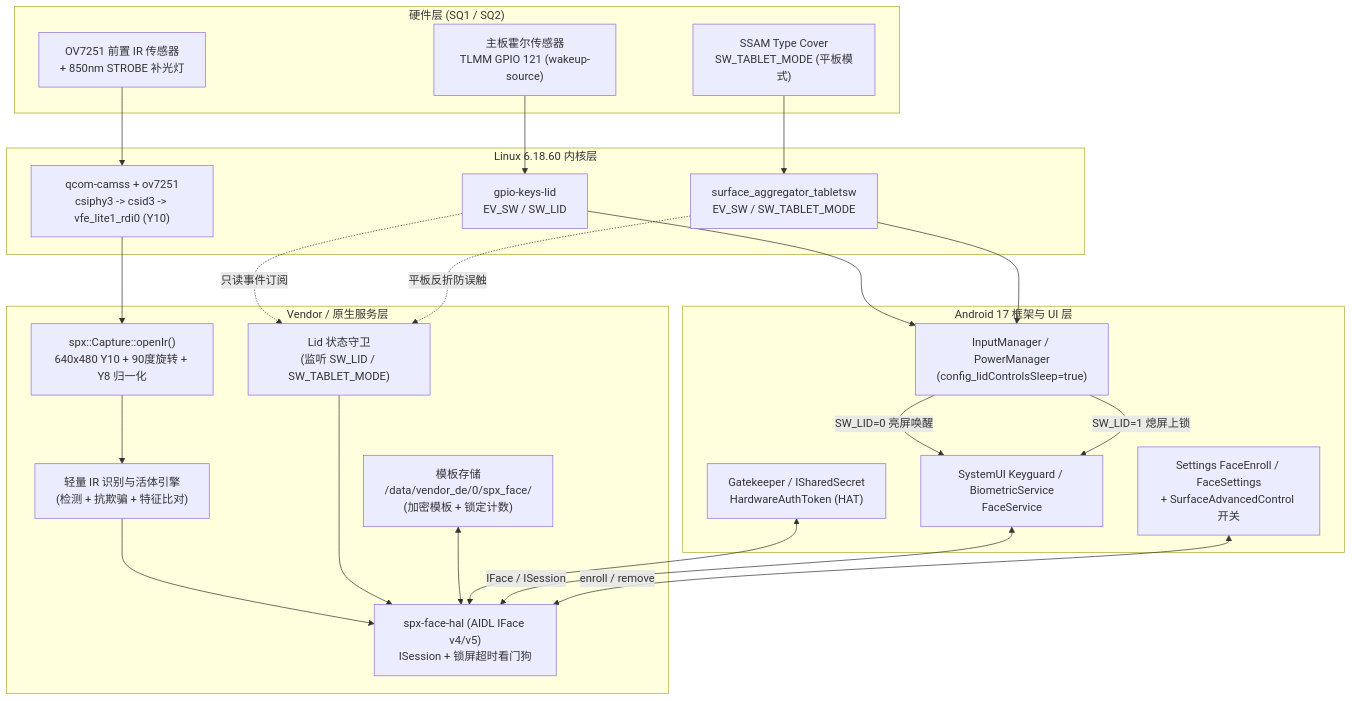
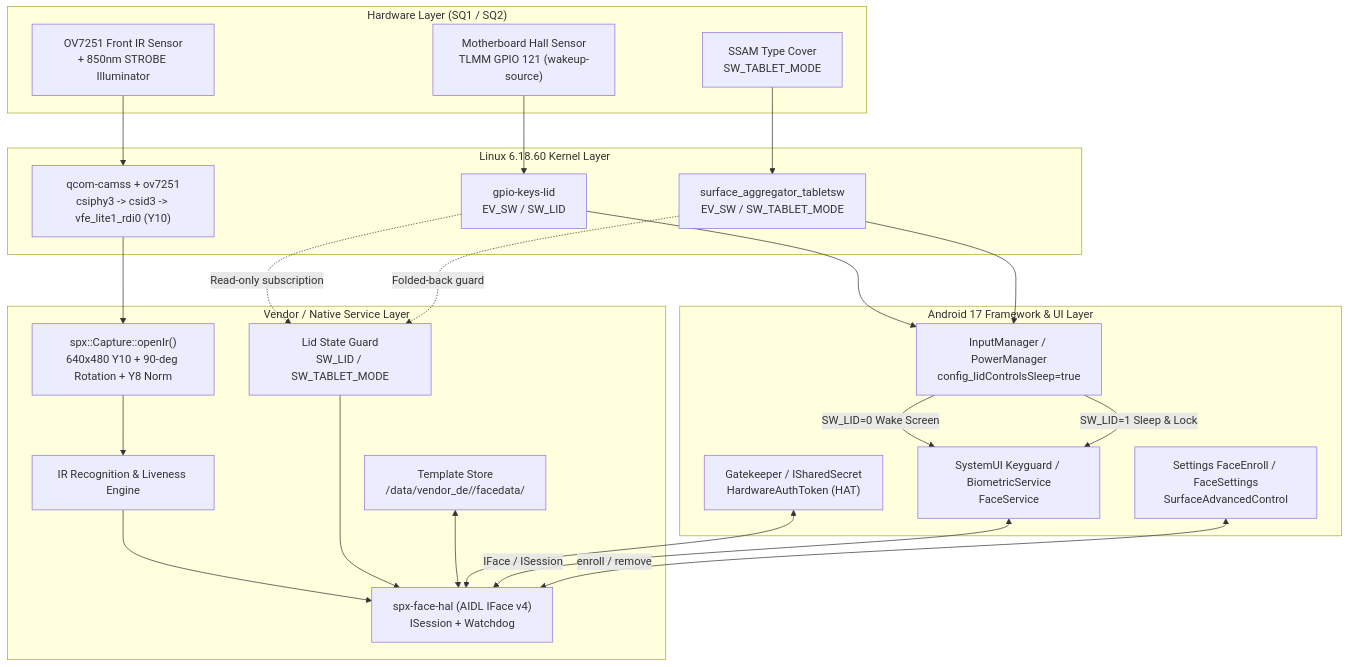
One commit to lhf1a/googlebookos_surface_pro_x changed the first of 2 diagrams in docs/IR-HALL-FACE-UNLOCK-PLAN.md. Above: the diagram before and after it, drawn with Mermaid. The commit also changed other lines of this file and 61 other files, not shown here.

````diff
--- a/docs/IR-HALL-FACE-UNLOCK-PLAN.md
+++ b/docs/IR-HALL-FACE-UNLOCK-PLAN.md
@@ -43,44 +23,44 @@
 ```mermaid
 flowchart TD
-    subgraph HW["硬件层 (SQ1 / SQ2)"]
-        HALL["主板霍尔传感器<br/>TLMM GPIO 121 (wakeup-source)"]
-        IR["OV7251 前置 IR 传感器<br/>+ 850nm STROBE 补光灯"]
-        KIP["SSAM Type Cover<br/>SW_TABLET_MODE (平板模式)"]
+    subgraph HW["Hardware Layer (SQ1 / SQ2)"]
+        HALL["Motherboard Hall Sensor<br/>TLMM GPIO 121 (wakeup-source)"]
+        IR["OV7251 Front IR Sensor<br/>+ 850nm STROBE Illuminator"]
+        KIP["SSAM Type Cover<br/>SW_TABLET_MODE"]
     end
 
-    subgraph KERNEL["Linux 6.18.60 内核层"]
+    subgraph KERNEL["Linux 6.18.60 Kernel Layer"]
         GKEY["gpio-keys-lid<br/>EV_SW / SW_LID"]
         CAMSS["qcom-camss + ov7251<br/>csiphy3 -> csid3 -> vfe_lite1_rdi0 (Y10)"]
         SSAM["surface_aggregator_tabletsw<br/>EV_SW / SW_TABLET_MODE"]
     end
 
-    subgraph NATIVE["Vendor / 原生服务层"]
-        HAL["spx-face-hal (AIDL IFace v4/v5)<br/>ISession + 锁屏超时看门狗"]
-        LIDMON["Lid 状态守卫<br/>(监听 SW_LID / SW_TABLET_MODE)"]
-        CAP["spx::Capture::openIr()<br/>640x480 Y10 + 90度旋转 + Y8 归一化"]
-        ENG["轻量 IR 识别与活体引擎<br/>(检测 + 抗欺骗 + 特征比对)"]
-        STORE["模板存储<br/>/data/vendor_de/0/spx_face/<br/>(加密模板 + 锁定计数)"]
+    subgraph NATIVE["Vendor / Native Service Layer"]
+        HAL["spx-face-hal (AIDL IFace v4)<br/>ISession + Watchdog"]
+        LIDMON["Lid State Guard<br/>SW_LID / SW_TABLET_MODE"]
+        CAP["spx::Capture::openIr()<br/>640x480 Y10 + 90-deg Rotation + Y8 Norm"]
+        ENG["IR Recognition & Liveness Engine"]
+        STORE["Template Store<br/>/data/vendor_de/<userId>/facedata/"]
     end
 
-    subgraph ANDROID["Android 17 框架与 UI 层"]
-        INP["InputManager / PowerManager<br/>(config_lidControlsSleep=true)"]
+    subgraph ANDROID["Android 17 Framework & UI Layer"]
+        INP["InputManager / PowerManager<br/>config_lidControlsSleep=true"]
         KEYG["SystemUI Keyguard / BiometricService<br/>FaceService"]
-        SET["Settings FaceEnroll / FaceSettings<br/>+ SurfaceAdvancedControl 开关"]
+        SET["Settings FaceEnroll / FaceSettings<br/>SurfaceAdvancedControl"]
         AUTH["Gatekeeper / ISharedSecret<br/>HardwareAuthToken (HAT)"]
     end
 
     HALL --> GKEY --> INP
     KIP --> SSAM --> INP
-    GKEY -. "只读事件订阅" .-> LIDMON
-    SSAM -. "平板反折防误触" .-> LIDMON
+    GKEY -. "Read-only subscription" .-> LIDMON
+    SSAM -. "Folded-back guard" .-> LIDMON
 
     IR --> CAMSS --> CAP --> ENG --> HAL
     LIDMON --> HAL
     STORE <--> HAL
     AUTH <--> HAL
 
-    INP -->|"SW_LID=0 亮屏唤醒"| KEYG
-    INP -->|"SW_LID=1 熄屏上锁"| KEYG
+    INP -->|"SW_LID=0 Wake Screen"| KEYG
+    INP -->|"SW_LID=1 Sleep & Lock"| KEYG
     KEYG <-->|"IFace / ISession"| HAL
     SET <-->|"enroll / remove"| HAL
 ```
````
